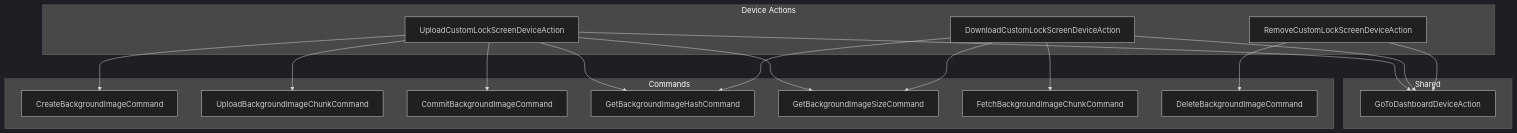
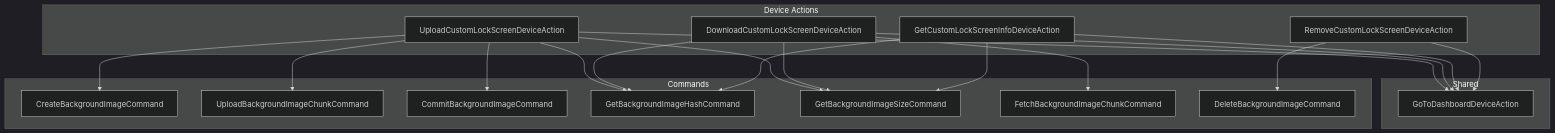
The second of 2 diagrams in packages/ledger-wallet/doc/CustomLockScreen.md (LedgerHQ/device-sdk-ts), drawn with Mermaid (dark theme) before and after one commit. The commit also changed other lines of this file and 3 other files, not shown here.

````diff
--- a/packages/ledger-wallet/doc/CustomLockScreen.md
+++ b/packages/ledger-wallet/doc/CustomLockScreen.md
@@ -381,38 +398,43 @@
 ```mermaid
 flowchart TB
     subgraph "Device Actions"
         LA[UploadCustomLockScreenDeviceAction]
         FA[DownloadCustomLockScreenDeviceAction]
+        GA[GetCustomLockScreenInfoDeviceAction]
         RA[RemoveCustomLockScreenDeviceAction]
     end
 
     subgraph "Shared"
         GTD[GoToDashboardDeviceAction]
     end
 
     subgraph "Commands"
         C1[CreateBackgroundImageCommand]
         C2[UploadBackgroundImageChunkCommand]
         C3[CommitBackgroundImageCommand]
         C4[GetBackgroundImageHashCommand]
         C5[GetBackgroundImageSizeCommand]
         C6[FetchBackgroundImageChunkCommand]
         C7[DeleteBackgroundImageCommand]
     end
 
     LA --> GTD
     FA --> GTD
+    GA --> GTD
     RA --> GTD
 
     LA --> C1
     LA --> C2
     LA --> C3
     LA --> C4
     LA --> C5
 
     FA --> C4
     FA --> C5
     FA --> C6
 
+    GA --> C4
+    GA --> C5
+
     RA --> C7
 ```
````
